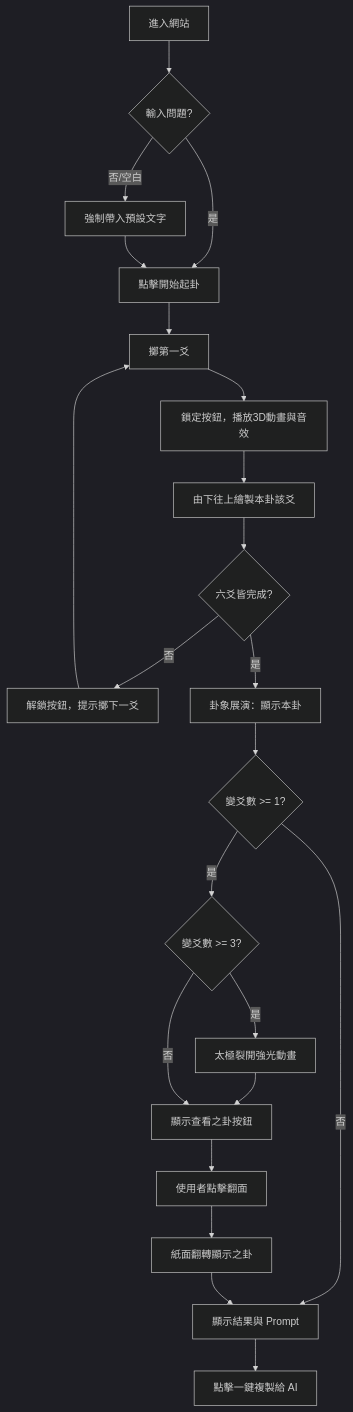
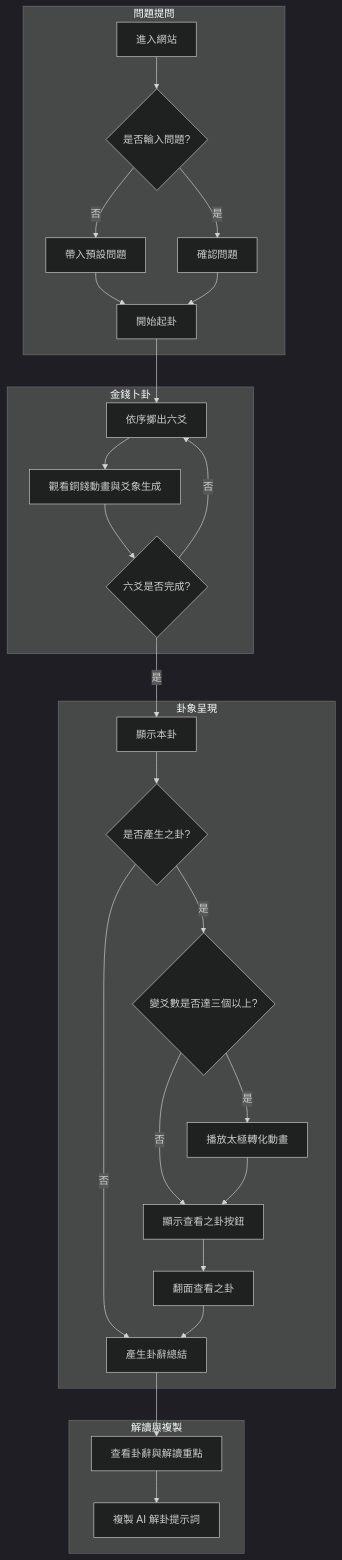
One commit to chu-mi-labs/i-ching changed the diagram in README.md. Above: the diagram before and after it, drawn with Mermaid (dark theme).

Commit message:
docs: update documentation for 易經銅錢掛 project

````diff
--- a/README.md
+++ b/README.md
@@ -47,24 +47,34 @@
 ```mermaid
 graph TD
-    A["進入網站"] --> B{"輸入問題?"}
-    B -->|否/空白| C["強制帶入預設文字"]
-    B -->|是| D["點擊開始起卦"]
-    C --> D
-    D --> E["擲第一爻"]
-    E --> F["鎖定按鈕，播放3D動畫與音效"]
-    F --> G["由下往上繪製本卦該爻"]
-    G --> H{"六爻皆完成?"}
-    H -->|否| I["解鎖按鈕，提示擲下一爻"]
-    I --> E
-    H -->|是| J["卦象展演：顯示本卦"]
-    J --> K{"變爻數 >= 1?"}
-    K -->|否| L["顯示結果與 Prompt"]
-    K -->|是| M{"變爻數 >= 3?"}
-    M -->|是| N["太極裂開強光動畫"]
-    N --> O["顯示查看之卦按鈕"]
-    M -->|否| O
-    O --> P["使用者點擊翻面"]
-    P --> Q["紙面翻轉顯示之卦"]
-    Q --> L
-    L --> R["點擊一鍵複製給 AI"]
+    subgraph S1["問題提問"]
+        A["進入網站"] --> B{"是否輸入問題?"}
+        B -->|否| C["帶入預設問題"]
+        B -->|是| D["確認問題"]
+        C --> E["開始起卦"]
+        D --> E
+    end
+
+    subgraph S2["金錢卜卦"]
+        E --> F["依序擲出六爻"]
+        F --> G["觀看銅錢動畫與爻象生成"]
+        G --> H{"六爻是否完成?"}
+        H -->|否| F
+    end
+
+    subgraph S3["卦象呈現"]
+        H -->|是| I["顯示本卦"]
+        I --> J{"是否產生之卦?"}
+        J -->|否| K["產生卦辭總結"]
+        J -->|是| L{"變爻數是否達三個以上?"}
+        L -->|是| M["播放太極轉化動畫"]
+        L -->|否| N["顯示查看之卦按鈕"]
+        M --> N
+        N --> O["翻面查看之卦"]
+        O --> K
+    end
+
+    subgraph S4["解讀與複製"]
+        K --> P["查看卦辭與解讀重點"]
+        P --> Q["複製 AI 解卦提示詞"]
+    end
 ```
````
